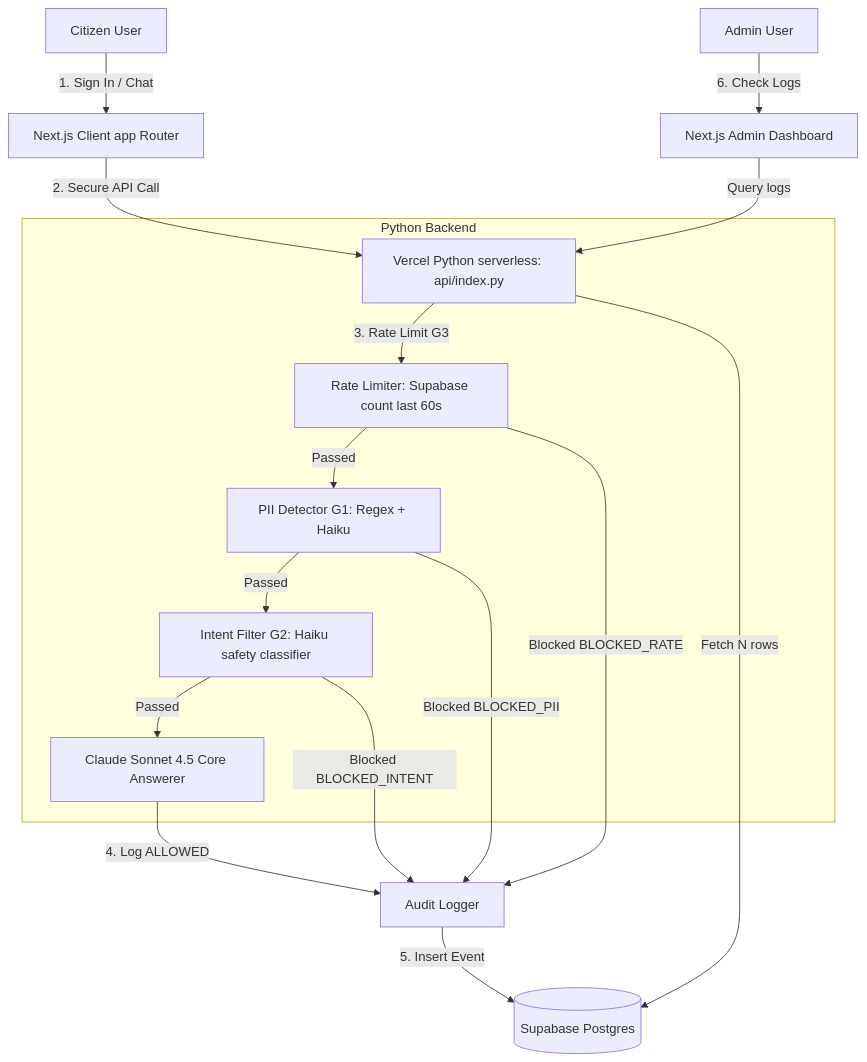
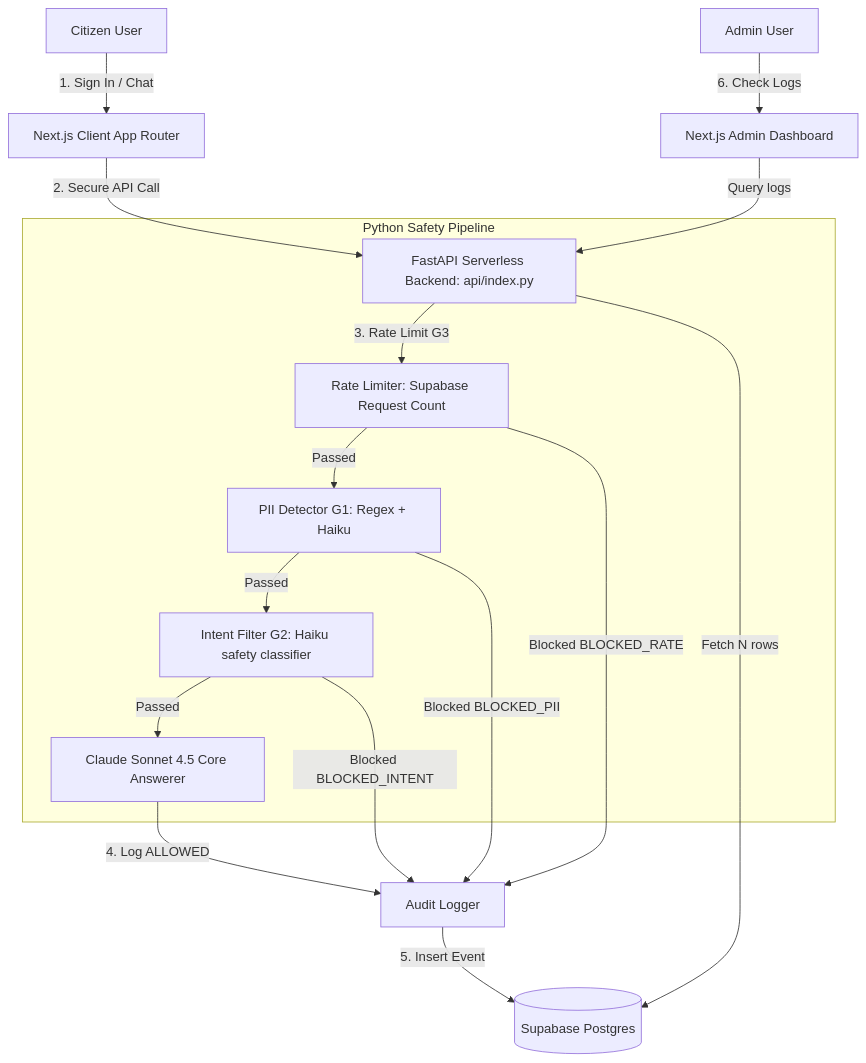
One commit to mayank14112006/poc-2 changed the diagram in README.md. Above: the diagram before and after it, drawn with Mermaid. The commit also changed other lines of this file and 4 other files, not shown here.

````diff
--- a/README.md
+++ b/README.md
@@ -20,23 +20,23 @@
 ```mermaid
 graph TD
-    User[Citizen User] -->|1. Sign In / Chat| Frontend[Next.js Client app Router]
-    Frontend -->|2. Secure API Call| API[Vercel Python serverless: api/index.py]
+    User[Citizen User] -->|1. Sign In / Chat| Frontend[Next.js Client App Router]
+    Frontend -->|2. Secure API Call| API[FastAPI Serverless Backend: api/index.py]
     
-    subgraph Python Backend
-        API -->|3. Rate Limit G3| RL[Rate Limiter: Supabase count last 60s]
+    subgraph Python Safety Pipeline
+        API -->|3. Rate Limit G3| RL[Rate Limiter: Supabase Request Count]
         RL -->|Passed| PII[PII Detector G1: Regex + Haiku]
         PII -->|Passed| Intent[Intent Filter G2: Haiku safety classifier]
         Intent -->|Passed| Claude[Claude Sonnet 4.5 Core Answerer]
     end
 
     Claude -->|4. Log ALLOWED| Logger[Audit Logger]
     RL -->|Blocked BLOCKED_RATE| Logger
     PII -->|Blocked BLOCKED_PII| Logger
     Intent -->|Blocked BLOCKED_INTENT| Logger
     
     Logger -->|5. Insert Event| DB[(Supabase Postgres)]
     
     Admin[Admin User] -->|6. Check Logs| AdminView[Next.js Admin Dashboard]
     AdminView -->|Query logs| API
     API -->|Fetch N rows| DB
 ```
````
